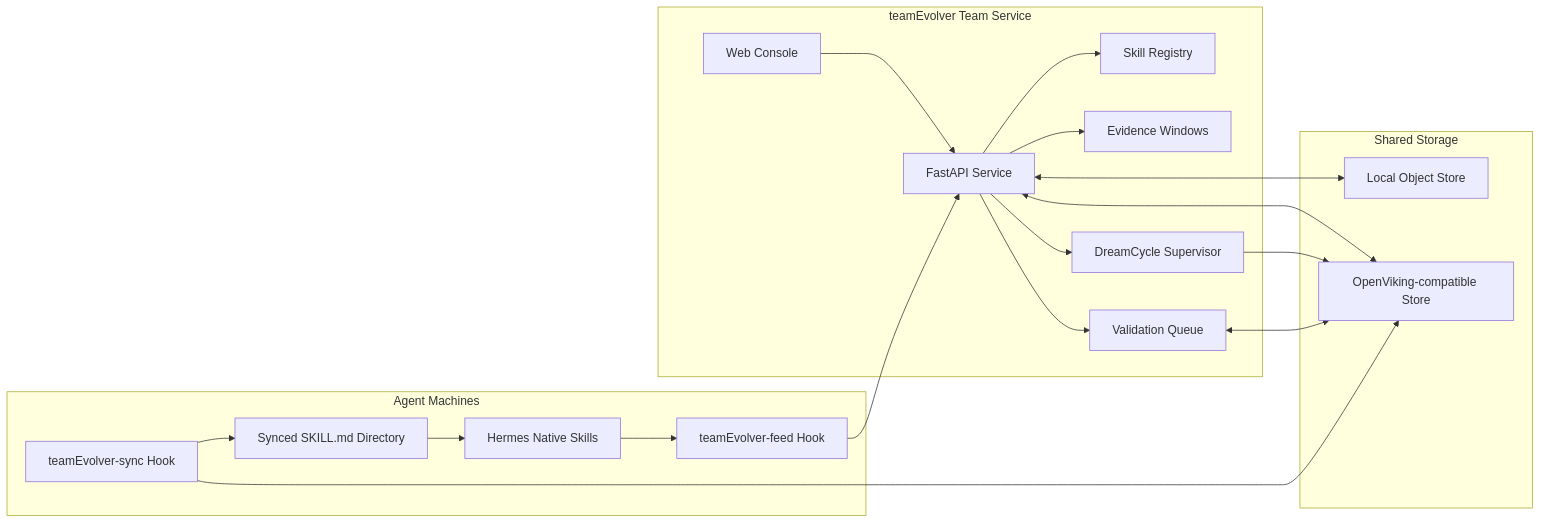
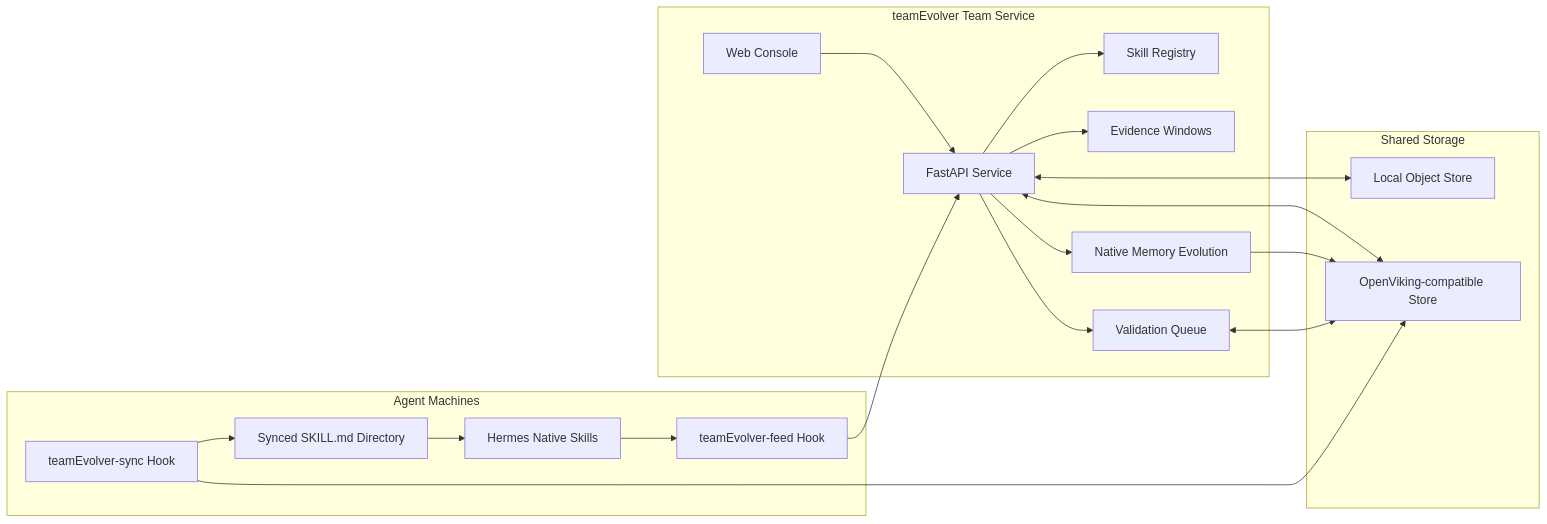
Before and after one commit to leoriczhang/teamEvolver: the first of 3 diagrams in README.en.md, drawn with Mermaid. The commit also changed other lines of this file and 172 other files, not shown here.

````diff
--- a/README.en.md
+++ b/README.en.md
@@ -90,38 +90,38 @@
 ```mermaid
 flowchart LR
     subgraph Team["teamEvolver Team Service"]
         Console["Web Console"]
         API["FastAPI Service"]
         Registry["Skill Registry"]
         Evidence["Evidence Windows"]
         Validation["Validation Queue"]
-        DreamCycle["DreamCycle Supervisor"]
+        DreamCycle["Native Memory Evolution"]
     end
 
     subgraph Storage["Shared Storage"]
         Local["Local Object Store"]
         Viking["OpenViking-compatible Store"]
     end
 
     subgraph Agent["Agent Machines"]
         Sync["teamEvolver-sync Hook"]
         Feed["teamEvolver-feed Hook"]
         Dir["Synced SKILL.md Directory"]
         Hermes["Hermes Native Skills"]
     end
 
     Console --> API
     API --> Registry
     API --> Evidence
     API --> Validation
     API --> DreamCycle
     API <--> Local
     API <--> Viking
     DreamCycle --> Viking
     Validation <--> Viking
     Sync --> Viking
     Sync --> Dir
     Dir --> Hermes
     Hermes --> Feed
     Feed --> API
 ```
````
